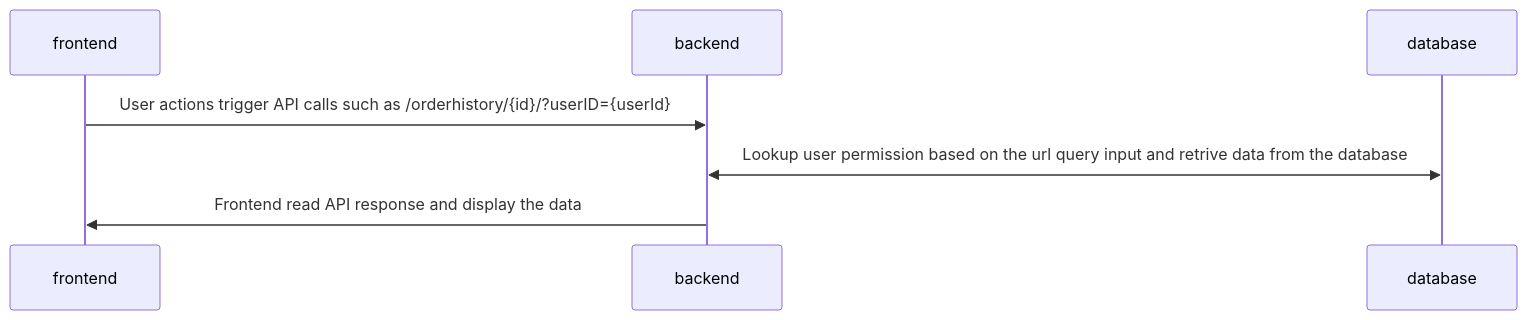
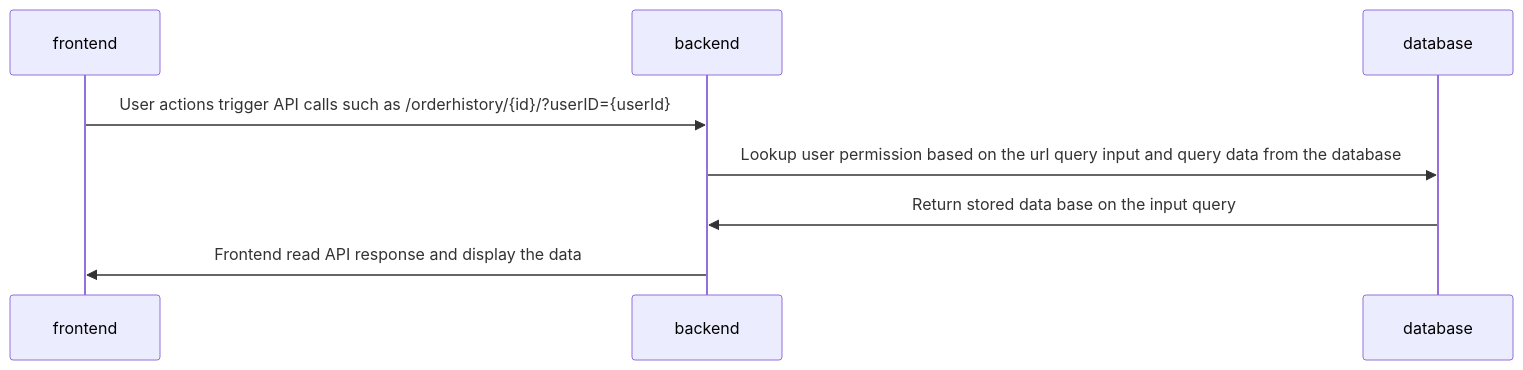
One commit to akshatarrao/CSI5112-Project changed the diagram in privacy_report.md. Above: the diagram before and after it, drawn with Mermaid.

Commit message:
This is a default message. I am too lazy to type anything

````diff
--- a/privacy_report.md
+++ b/privacy_report.md
@@ -19,9 +19,10 @@
 ```mermaid
 sequenceDiagram
     participant frontend
     participant backend
     participant database
     frontend->>backend: User actions trigger API calls such as /orderhistory/{id}/?userID={userId}
-    backend<<->>database: Lookup user permission based on the url query input and retrive data from the database
+    backend->>database: Lookup user permission based on the url query input and query data from the database
+    database->>backend: Return stored data base on the input query
     backend->>frontend: Frontend read API response and display the data
 ```
````
